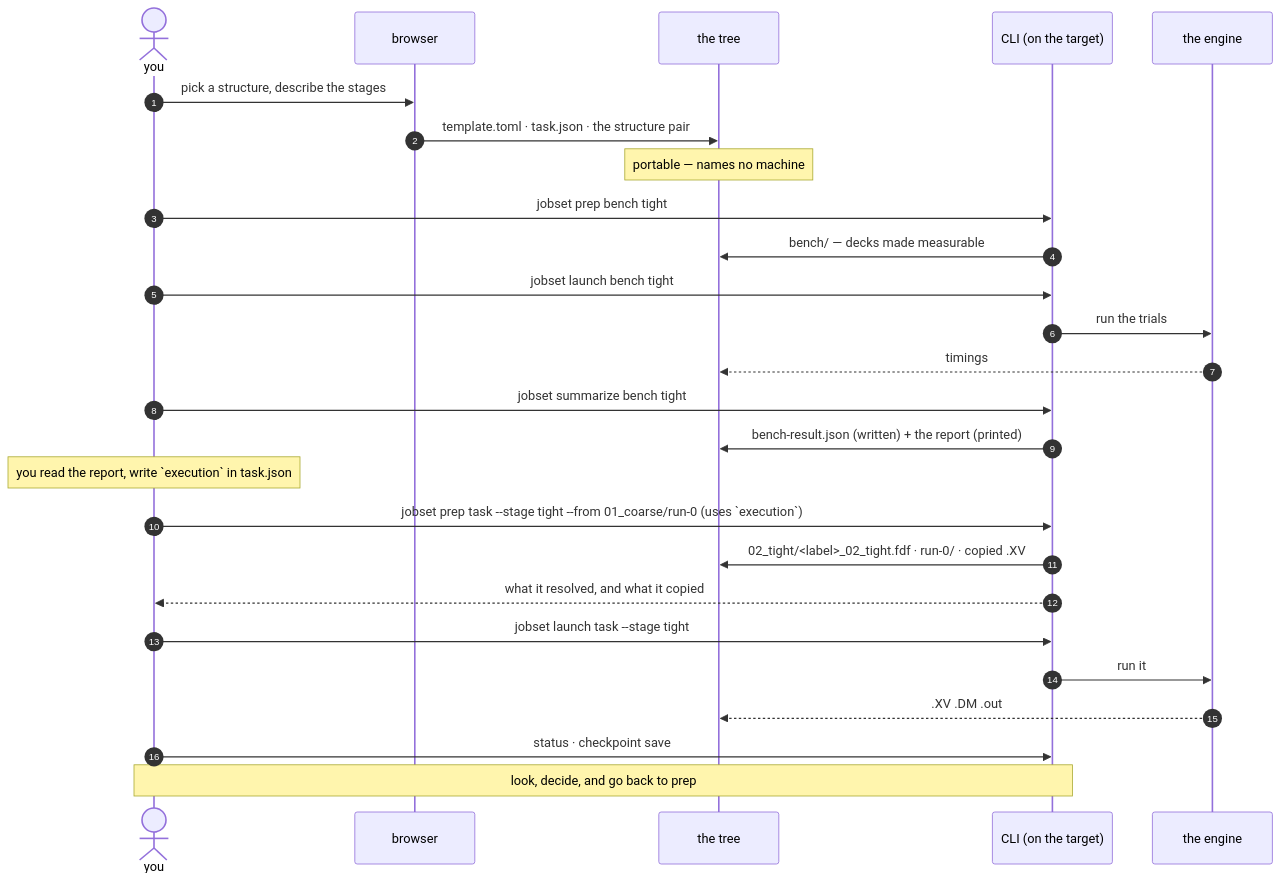
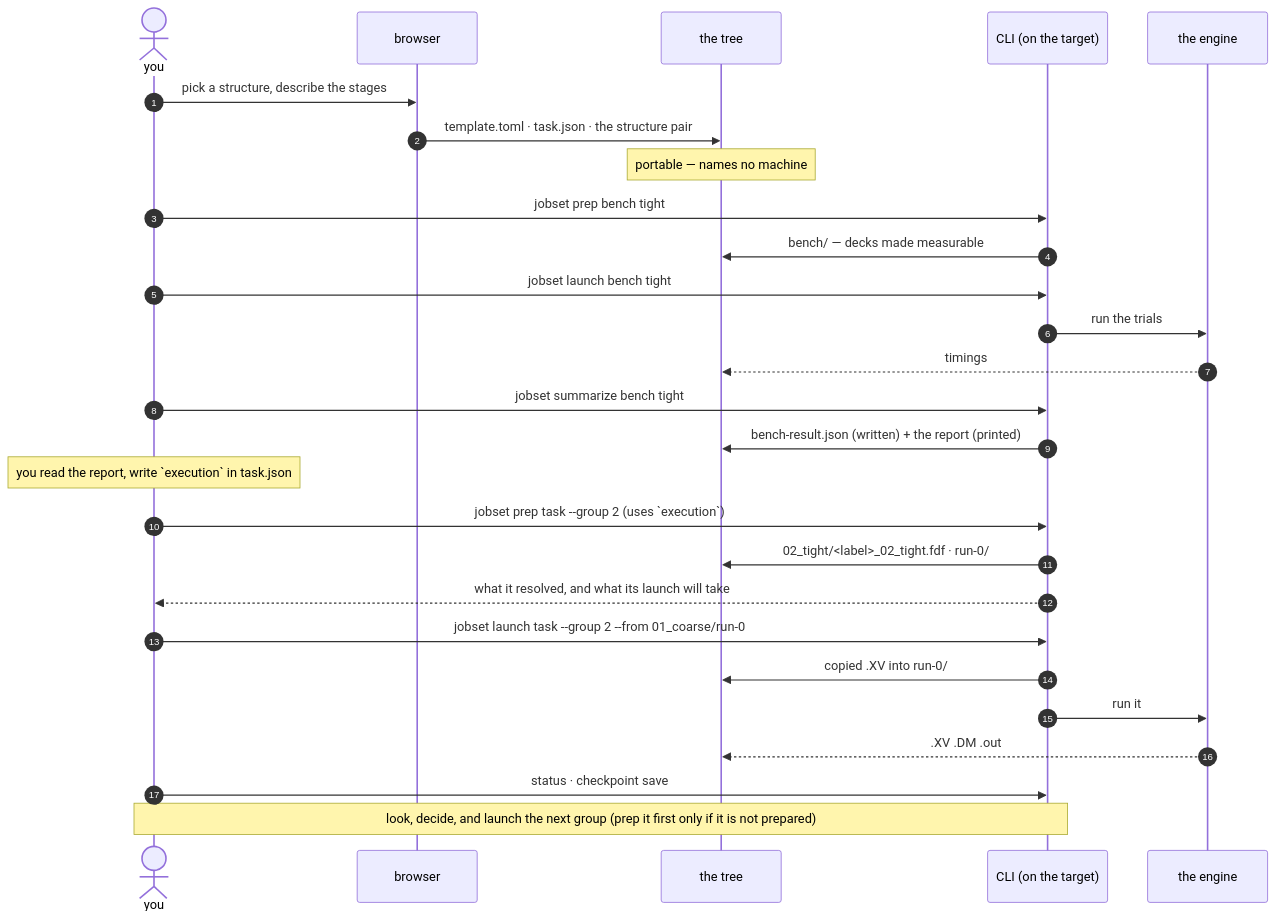
Before and after one commit to Qing-LAB/molbuilder: the ninth of 10 diagrams in docs/execution/project-layout.md, drawn with Mermaid. The commit also changed other lines of this file and 282 other files, not shown here.

````diff
--- a/docs/execution/project-layout.md
+++ b/docs/execution/project-layout.md
@@ -1799,33 +1839,34 @@
 ```mermaid
 sequenceDiagram
     autonumber
     actor U as you
     participant B as browser
     participant T as the tree
     participant C as CLI (on the target)
     participant E as the engine
 
     U->>B: pick a structure, describe the stages
     B->>T: template.toml · task.json · the structure pair
     Note over T: portable — names no machine
 
     U->>C: jobset prep bench tight
     C->>T: bench/ — decks made measurable
     U->>C: jobset launch bench tight
     C->>E: run the trials
     E-->>T: timings
     U->>C: jobset summarize bench tight
     C->>T: bench-result.json (written) + the report (printed)
 
     Note over U: you read the report, write `execution` in task.json
 
-    U->>C: jobset prep task --stage tight --from 01_coarse/run-0 (uses `execution`)
-    C->>T: 02_tight/<label>_02_tight.fdf · run-0/ · copied .XV
-    C-->>U: what it resolved, and what it copied
-    U->>C: jobset launch task --stage tight
+    U->>C: jobset prep task --group 2 (uses `execution`)
+    C->>T: 02_tight/<label>_02_tight.fdf · run-0/
+    C-->>U: what it resolved, and what its launch will take
+    U->>C: jobset launch task --group 2 --from 01_coarse/run-0
+    C->>T: copied .XV into run-0/
     C->>E: run it
     E-->>T: .XV .DM .out
 
     U->>C: status · checkpoint save
-    Note over U,C: look, decide, and go back to prep
+    Note over U,C: look, decide, and launch the next group (prep it first only if it is not prepared)
 ```
````
